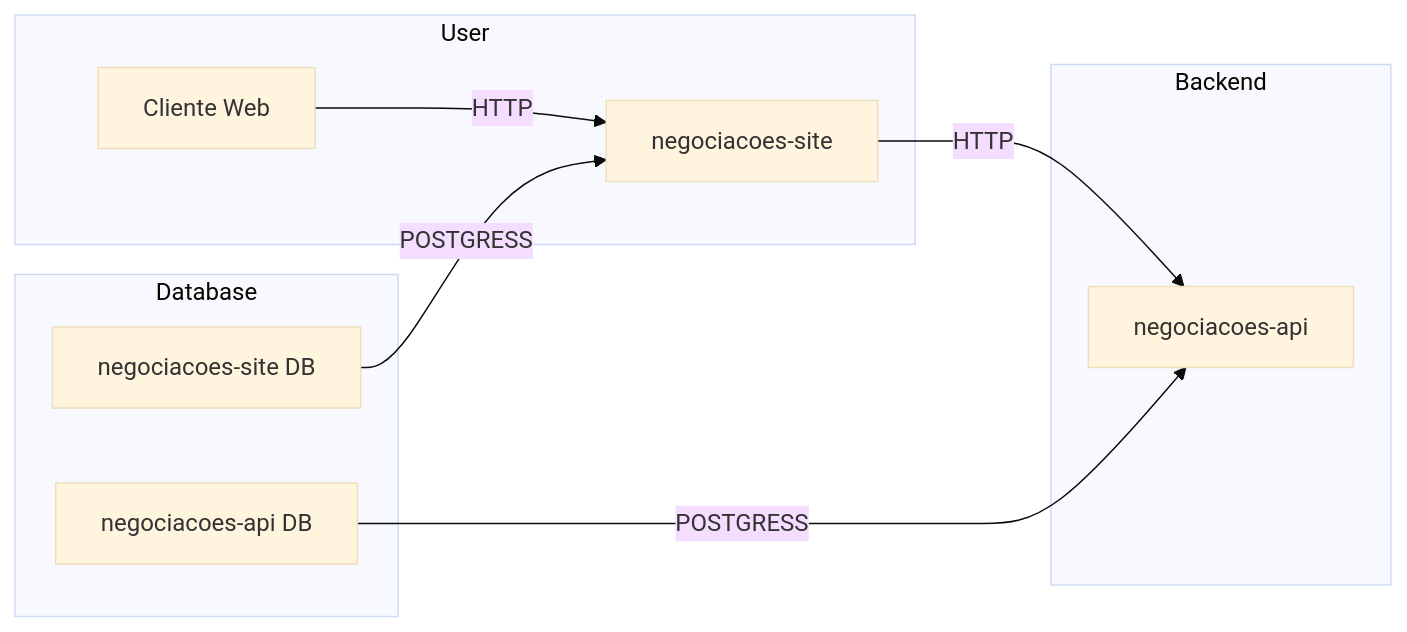
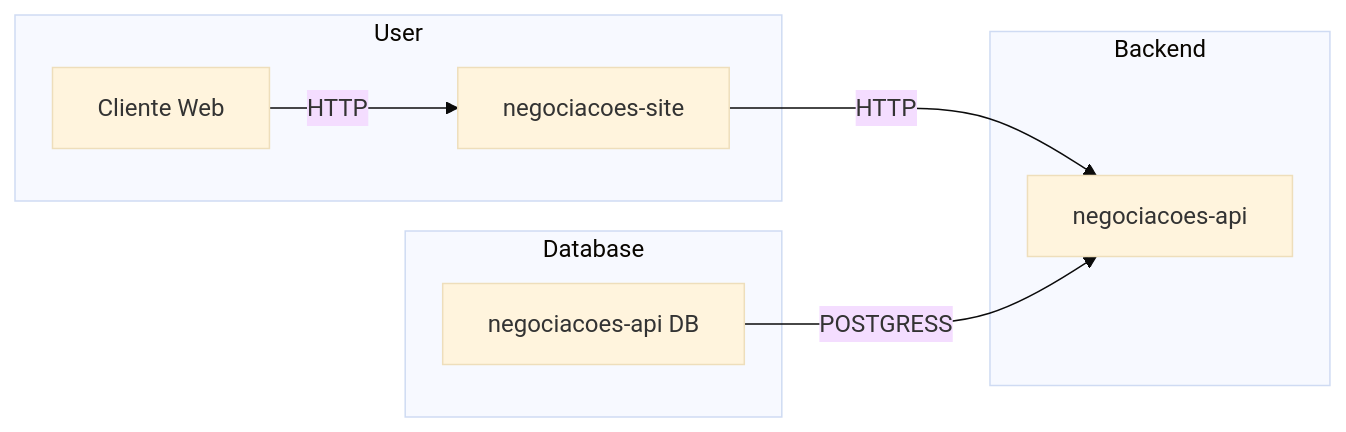
Before and after one commit to jtonynet/negociacoes-study-ts: the diagram in README.md, drawn with Mermaid (base theme). The commit also changed other lines of this file, not shown here.

````diff
--- a/README.md
+++ b/README.md
@@ -26,16 +26,15 @@
 ```mermaid
 graph LR
 
 subgraph User
   A[Cliente Web] -->|HTTP| B[negociacoes-site]
 end
 
 subgraph Backend
   B -->|HTTP| C[negociacoes-api]
 end
 
 subgraph Database
   E[negociacoes-api DB] -->|POSTGRESS| C
-  F[negociacoes-site DB] -->|POSTGRESS| B
 end
 ```
````
